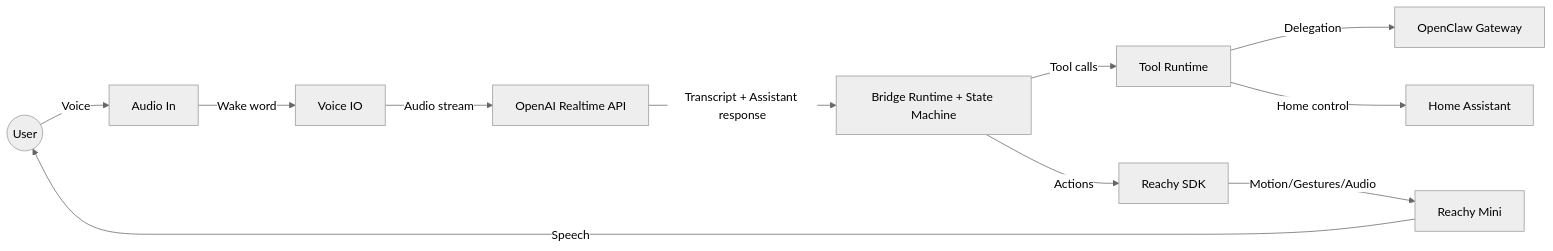
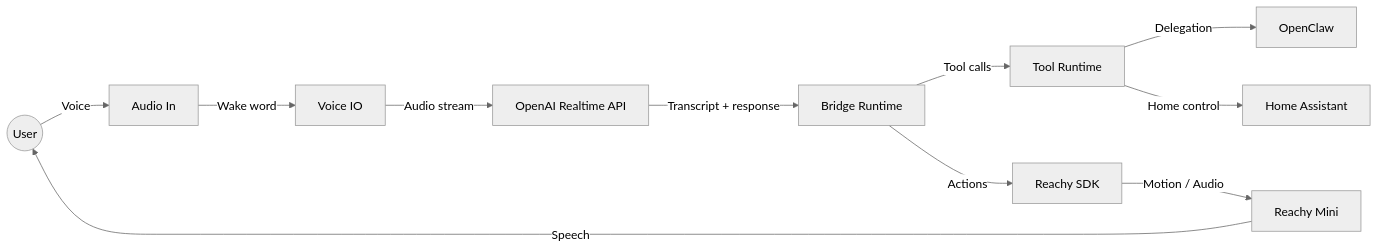
Before and after one commit to rafaheringer/dobby-the-claw: the diagram in README.md, drawn with Mermaid (neutral theme). The commit also changed other lines of this file and 5 other files, not shown here.

````diff
--- a/README.md
+++ b/README.md
@@ -18,13 +113,13 @@
 ```mermaid
 flowchart LR
     user((User)) -->|Voice| mic[Audio In]
     mic -->|Wake word| voice[Voice IO]
     voice -->|Audio stream| rt[OpenAI Realtime API]
-    rt -->|Transcript + Assistant response| bridge[Bridge Runtime + State Machine]
+    rt -->|Transcript + response| bridge[Bridge Runtime]
     bridge -->|Tool calls| tools[Tool Runtime]
-    tools -->|Delegation| oc[OpenClaw Gateway]
+    tools -->|Delegation| oc[OpenClaw]
     tools -->|Home control| ha[Home Assistant]
     bridge -->|Actions| reachy[Reachy SDK]
-    reachy -->|Motion/Gestures/Audio| hw[Reachy Mini]
+    reachy -->|Motion / Audio| hw[Reachy Mini]
     hw -->|Speech| user
 ```
````
